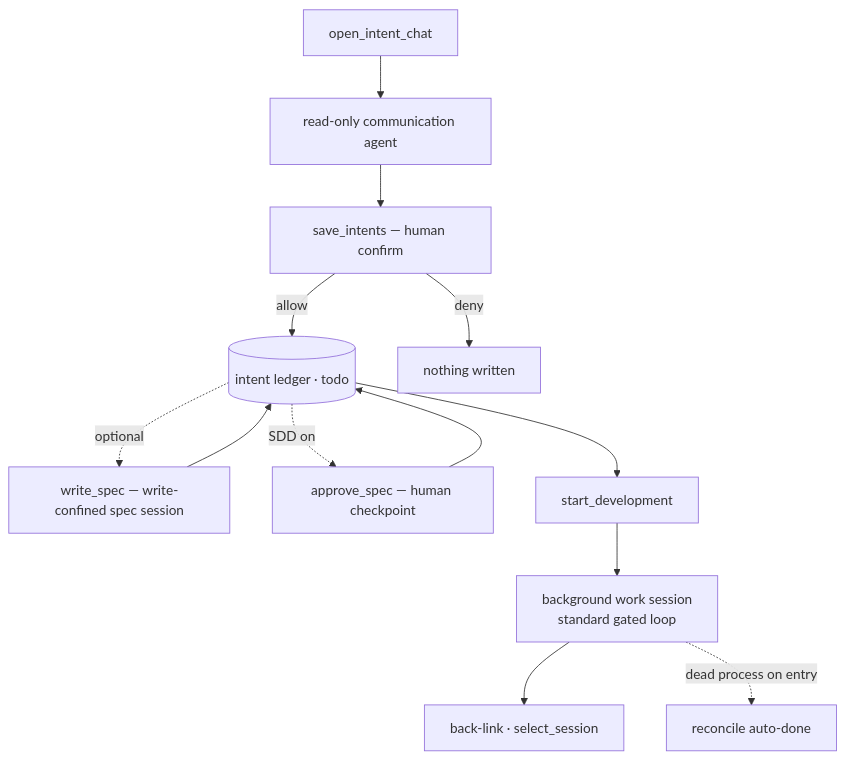
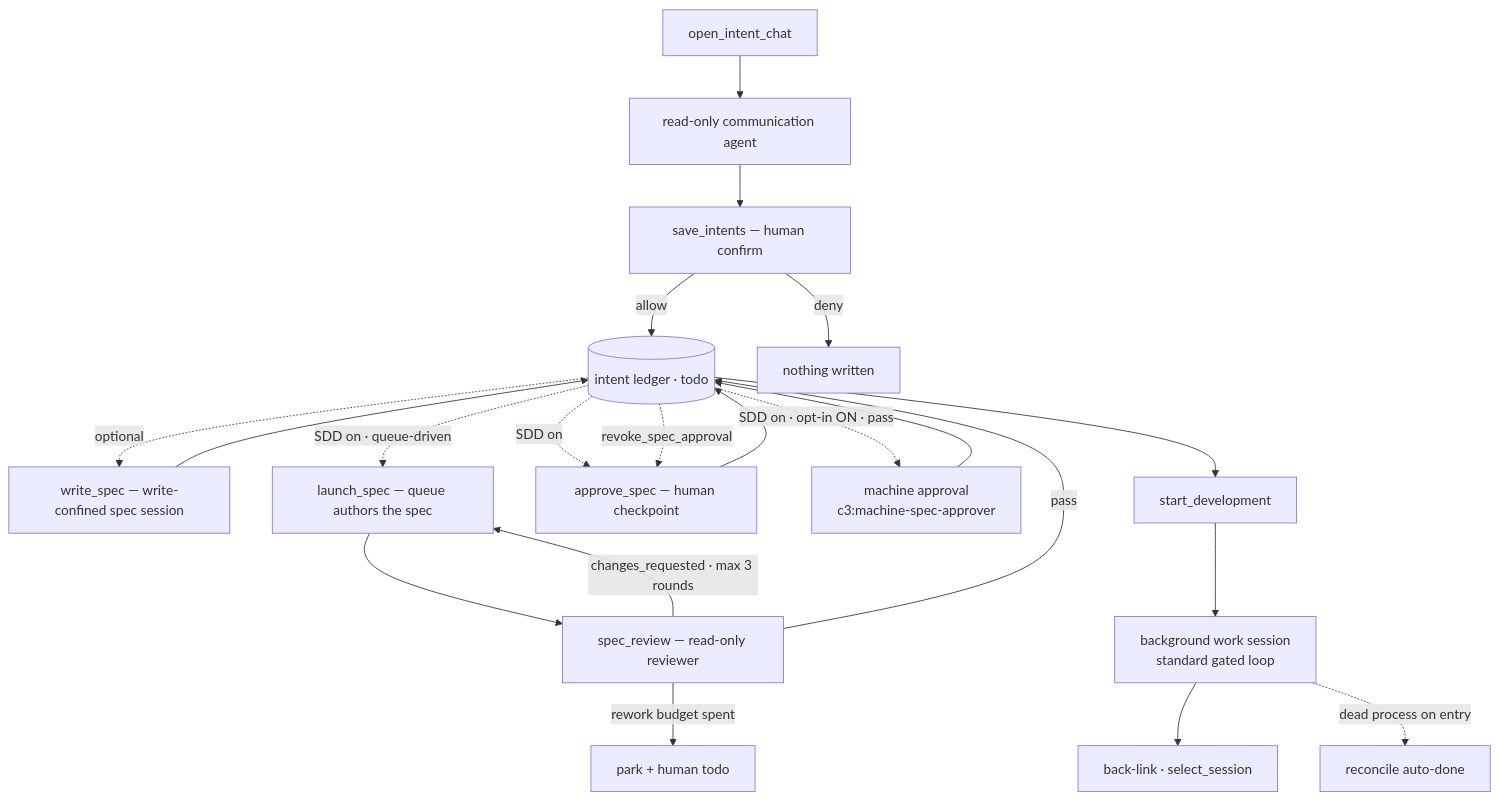
Before and after one commit to sequencestream/c3: the diagram in doc/flows/flow-intent-to-development.md, drawn with Mermaid. The commit also changed other lines of this file and 100 other files, not shown here.

Commit message:
feat: 队列自动拉起 spec 撰写会话,并新增 spec_review 只读审核会话、返工闭环与 opt-in 机器批准

````diff
--- a/doc/flows/flow-intent-to-development.md
+++ b/doc/flows/flow-intent-to-development.md
@@ -16,15 +16,23 @@
 ```mermaid
 flowchart TD
     IDEA[open_intent_chat] --> COMM[read-only communication agent]
     COMM --> SAVE[save_intents — human confirm]
     SAVE -- allow --> LEDGER[(intent ledger · todo)]
     SAVE -- deny --> X[nothing written]
     LEDGER -. optional .-> SPEC[write_spec — write-confined spec session]
     SPEC --> LEDGER
+    LEDGER -. SDD on · queue-driven .-> QSPEC[launch_spec — queue authors the spec]
+    QSPEC --> REVIEW[spec_review — read-only reviewer]
+    REVIEW -- changes_requested · max 3 rounds --> QSPEC
+    REVIEW -- rework budget spent --> TODO[park + human todo]
+    REVIEW -- pass --> LEDGER
     LEDGER -. SDD on .-> APPROVE[approve_spec — human checkpoint]
+    LEDGER -. SDD on · opt-in ON · pass .-> MAPPROVE[machine approval<br/>c3:machine-spec-approver]
     APPROVE --> LEDGER
+    MAPPROVE --> LEDGER
+    LEDGER -. revoke_spec_approval .-> APPROVE
     LEDGER --> LAUNCH[start_development]
     LAUNCH --> DEV[background work session<br/>standard gated loop]
     DEV --> LINK[back-link · select_session]
     DEV -. dead process on entry .-> REC[reconcile auto-done]
 ```
````
